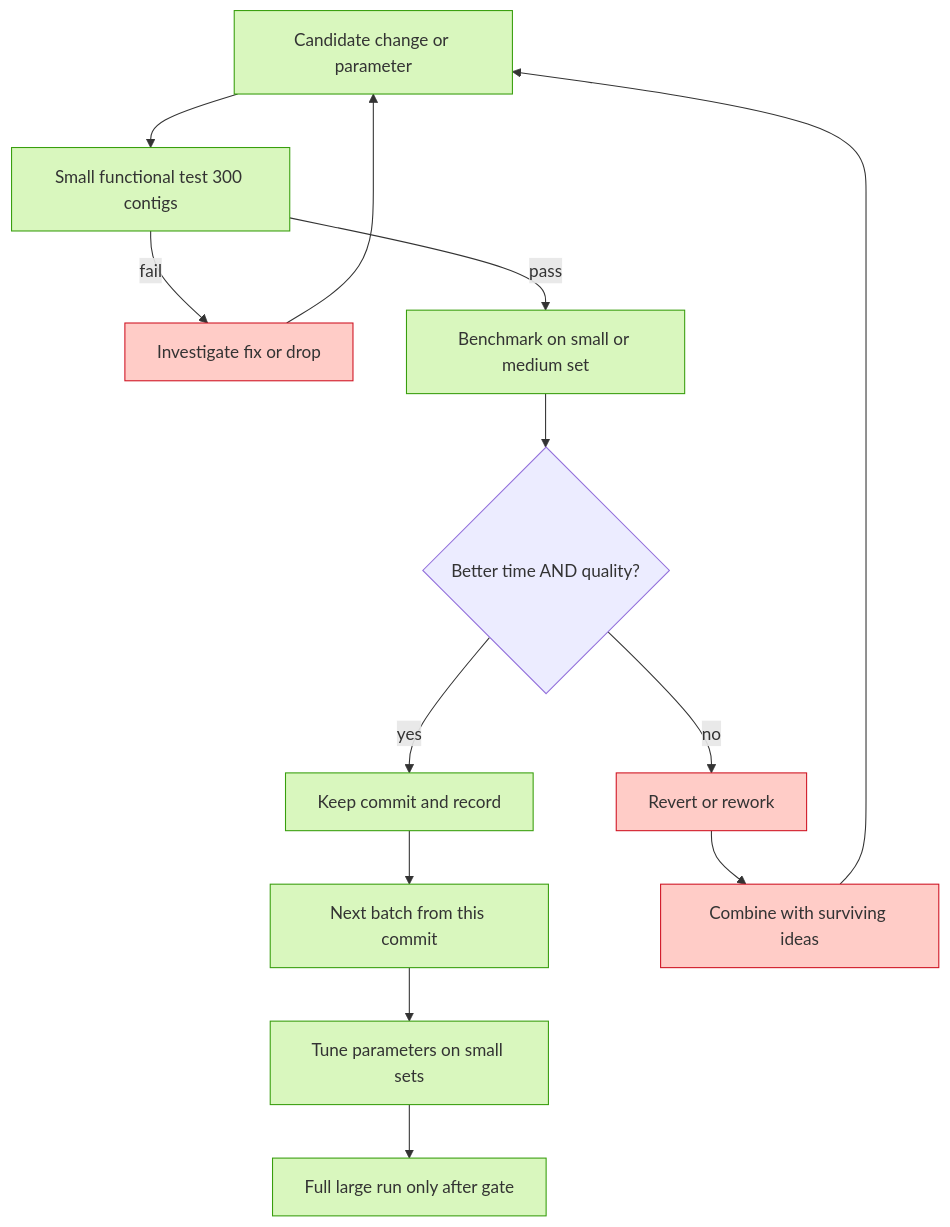
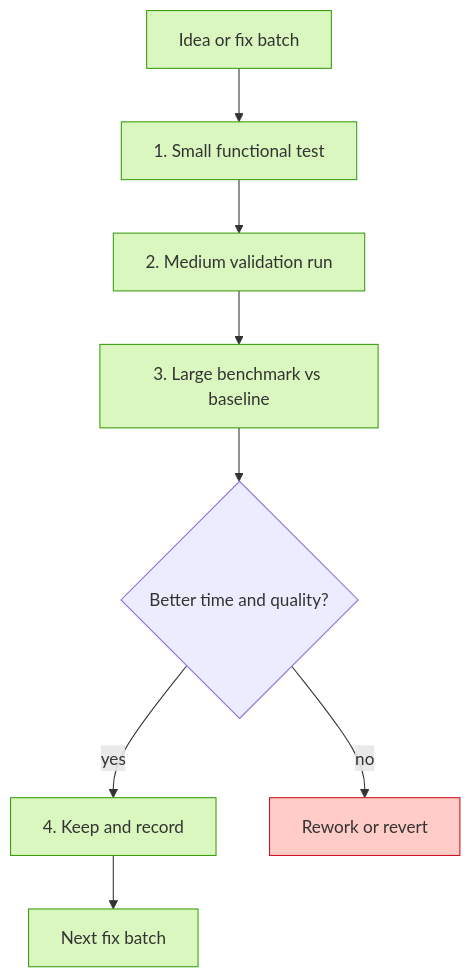
Before and after one commit to paulzierep/metagenomic-binning-benchmark: the diagram in README.md, drawn with Mermaid. The commit also changed other lines of this file and 4 other files, not shown here.

````diff
--- a/README.md
+++ b/README.md
@@ -36,19 +36,14 @@
 ```mermaid
 flowchart TD
-    A["Candidate change or parameter"] --> B["Small functional test 300 contigs"]
-    B -->|fail| G["Investigate fix or drop"]
-    G --> A
-    B -->|pass| C["Benchmark on small or medium set"]
-    C --> D{"Better time AND quality?"}
-    D -->|yes| E["Keep commit and record"]
-    E --> F["Next batch from this commit"]
-    D -->|no| H["Revert or rework"]
-    H --> I["Combine with surviving ideas"]
-    I --> A
-    F --> J["Tune parameters on small sets"]
-    J --> K["Full large run only after gate"]
-    classDef keep fill:#d9f7be,stroke:#389e0d;
-    classDef drop fill:#ffccc7,stroke:#cf1322;
-    class A,B,C,E,F,J,K keep;
-    class G,H,I drop;
+    A["Idea or fix batch"] --> B["1. Small functional test"]
+    B --> C["2. Medium validation run"]
+    C --> D["3. Large benchmark vs baseline"]
+    D --> E{"Better time and quality?"}
+    E -->|yes| F["4. Keep and record"]
+    E -->|no| G["Rework or revert"]
+    F --> H["Next fix batch"]
+    classDef step fill:#d9f7be,stroke:#389e0d;
+    classDef stop fill:#ffccc7,stroke:#cf1322;
+    class A,B,C,D,F,H step;
+    class G stop;
 ```
````
